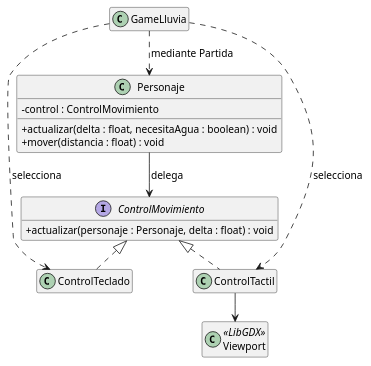
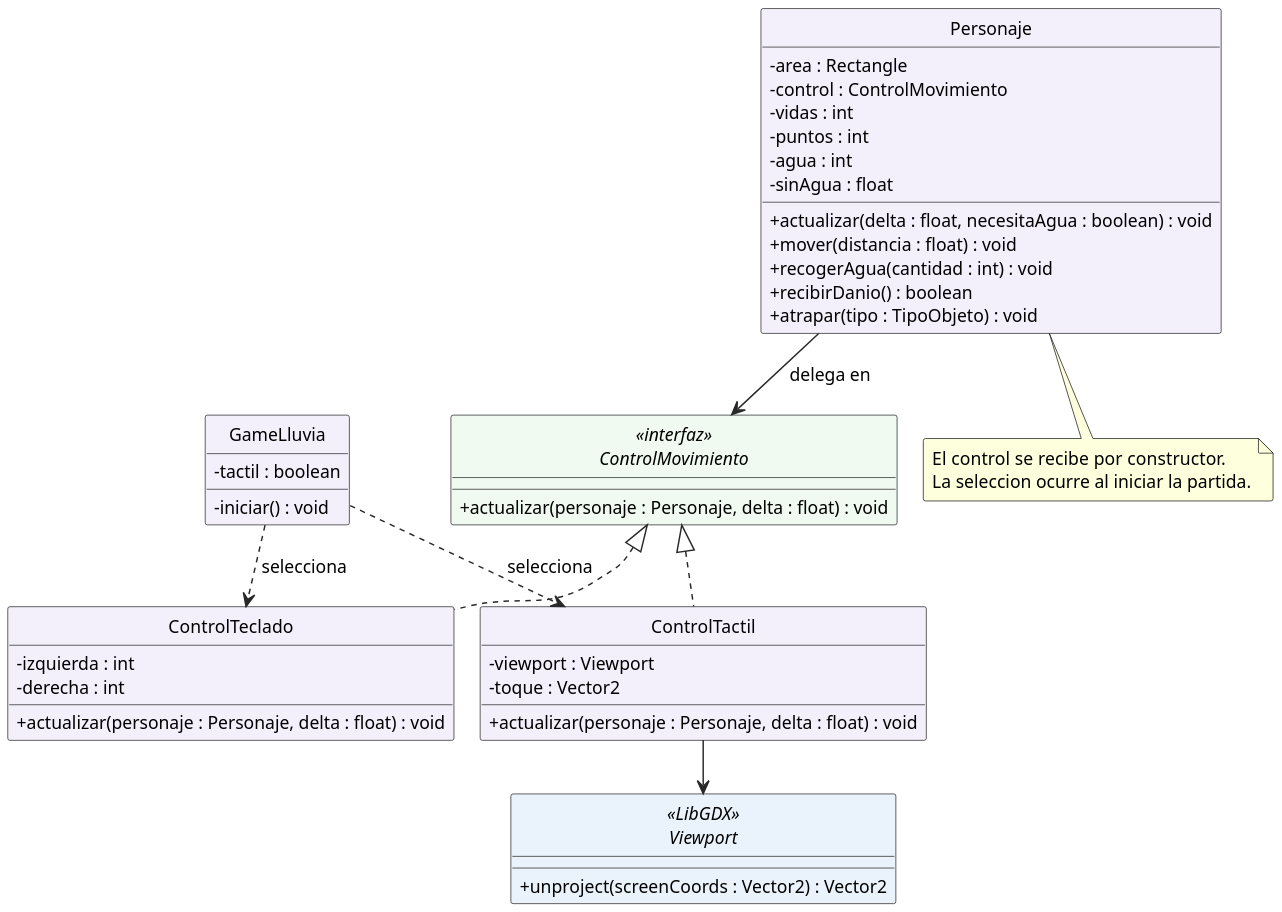
Before and after one commit to maverick1006/Proyecto-Game-LLuvia-: the third of 5 diagrams in docs/REPORTE.md, drawn with PlantUML. The commit also changed other lines of this file and 38 other files, not shown here.

Commit message:
Revisa pauta y documentos del equipo con UML detallados y guias de apertura

````diff
--- a/docs/REPORTE.md
+++ b/docs/REPORTE.md
@@ -321,30 +376,63 @@
 ```plantuml
 @startuml
 !pragma layout smetana
 skinparam backgroundColor white
 skinparam shadowing false
 skinparam classAttributeIconSize 0
-skinparam defaultFontName SansSerif
-skinparam defaultFontSize 13
-hide empty members
-interface ControlMovimiento {
+skinparam defaultFontName Courier New
+skinparam defaultFontSize 12
+skinparam dpi 180
+skinparam roundcorner 3
+skinparam ArrowColor #292929
+skinparam classBorderColor #292929
+skinparam classBackgroundColor #F3F0FC
+skinparam classBackgroundColor<<abstracta>> #FFFCEB
+skinparam classBackgroundColor<<interfaz>> #F0FAF0
+skinparam classBackgroundColor<<LibGDX>> #EAF3FB
+hide circle
+class Personaje {
+ - area : Rectangle
+ - control : ControlMovimiento
+ - vidas : int
+ - puntos : int
+ - agua : int
+ - sinAgua : float
+ + actualizar(delta : float, necesitaAgua : boolean) : void
+ + mover(distancia : float) : void
+ + recogerAgua(cantidad : int) : void
+ + recibirDanio() : boolean
+ + atrapar(tipo : TipoObjeto) : void
+}
+interface ControlMovimiento <<interfaz>> {
  + actualizar(personaje : Personaje, delta : float) : void
 }
-class Personaje {
- - control : ControlMovimiento
- + actualizar(delta : float, necesitaAgua : boolean) : void
- + mover(distancia : float) : void
+class ControlTeclado {
+ - izquierda : int
+ - derecha : int
+ + actualizar(personaje : Personaje, delta : float) : void
 }
-class ControlTeclado
-class ControlTactil
-class GameLluvia
-class Viewport <<LibGDX>>
+class ControlTactil {
+ - viewport : Viewport
+ - toque : Vector2
+ + actualizar(personaje : Personaje, delta : float) : void
+}
 ControlMovimiento <|.. ControlTeclado
 ControlMovimiento <|.. ControlTactil
-Personaje --> ControlMovimiento : delega
+class GameLluvia {
+ - tactil : boolean
+ - iniciar() : void
+}
+abstract class Viewport <<LibGDX>> {
+ + unproject(screenCoords : Vector2) : Vector2
+}
+Personaje --> ControlMovimiento : delega en
 GameLluvia ..> ControlTeclado : selecciona
 GameLluvia ..> ControlTactil : selecciona
-GameLluvia ..> Personaje : mediante Partida
 ControlTactil --> Viewport
+note bottom of Personaje
+El control se recibe por constructor.
+La seleccion ocurre al iniciar la partida.
+end note
+
 @enduml
 ```
````
